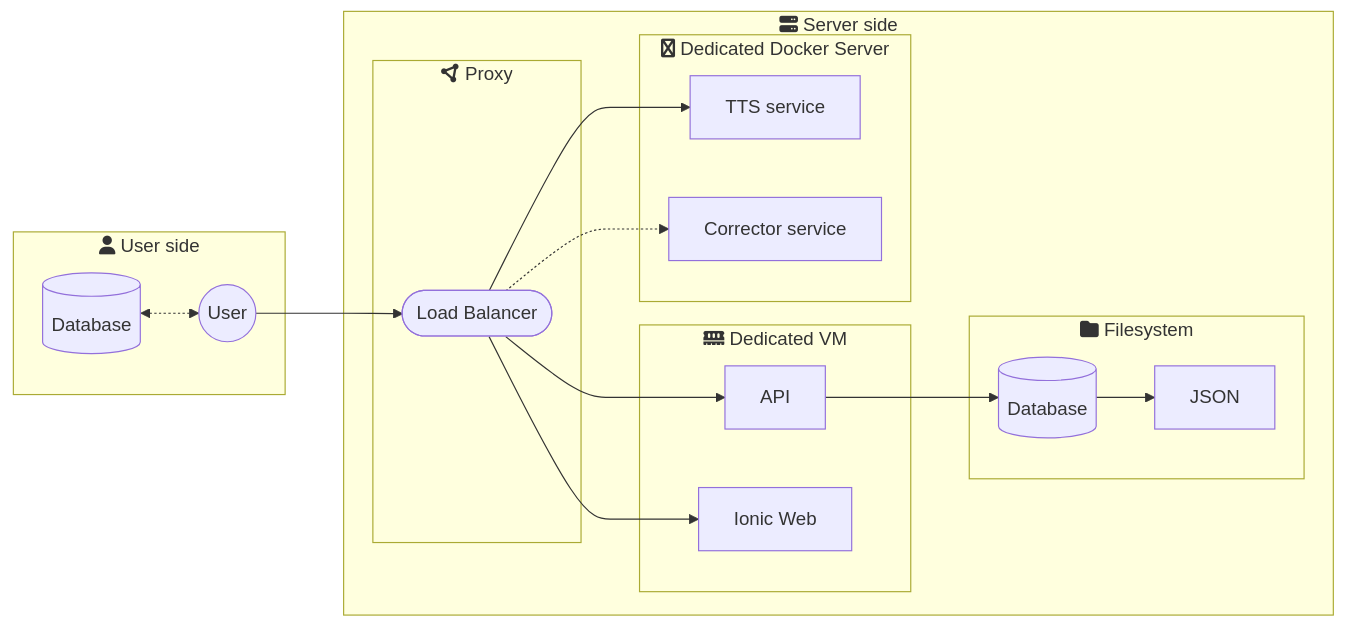
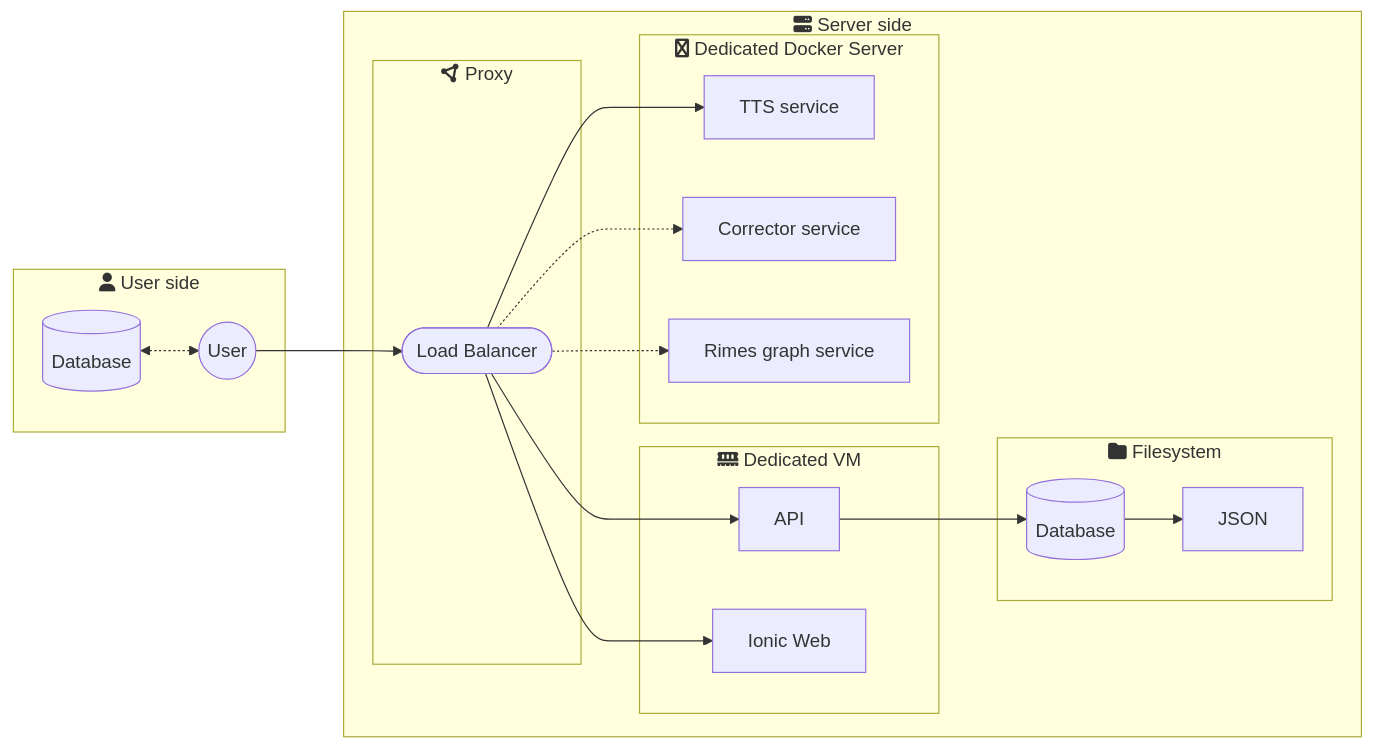
One commit to camarm-dev/remede changed the diagram in INFRASCTRUCTURE.md. Above: the diagram before and after it, drawn with Mermaid.

Commit message:
[Fix] Modified explanation of current infrastructure

````diff
--- a/INFRASCTRUCTURE.md
+++ b/INFRASCTRUCTURE.md
@@ -5,24 +5,25 @@
 ```mermaid
 graph LR
     subgraph "`fa:fa-user User side`"
         J[(Database)] <-.-> A((User))
     end
     subgraph "`fa:fa-server Server side`"
         subgraph fa:fa-circle-nodes Proxy
             A((User)) --> B([Load Balancer])
         end
         subgraph fa:fa-memory Dedicated VM
             B --> C[API]
             B --> D[Ionic Web]
         end
         subgraph docker["`fa:fa-docker Dedicated Docker Server`"]
             B --> G[TTS service]
             B -.-> H[Corrector service]
+            B -.-> L[Rimes graph service]
         end
         subgraph fa:fa-folder Filesystem
             C --> E[(Database)]
             E --> F[JSON]
         end
     end
 
 ```
````
